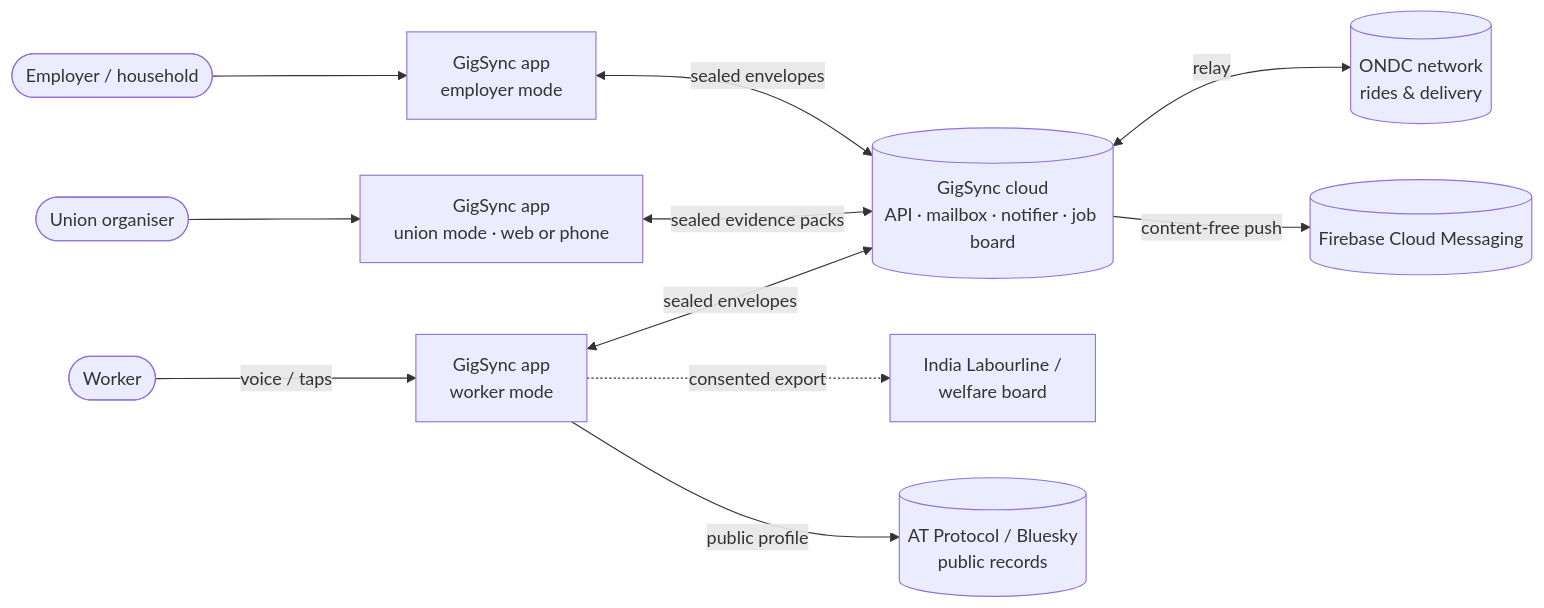
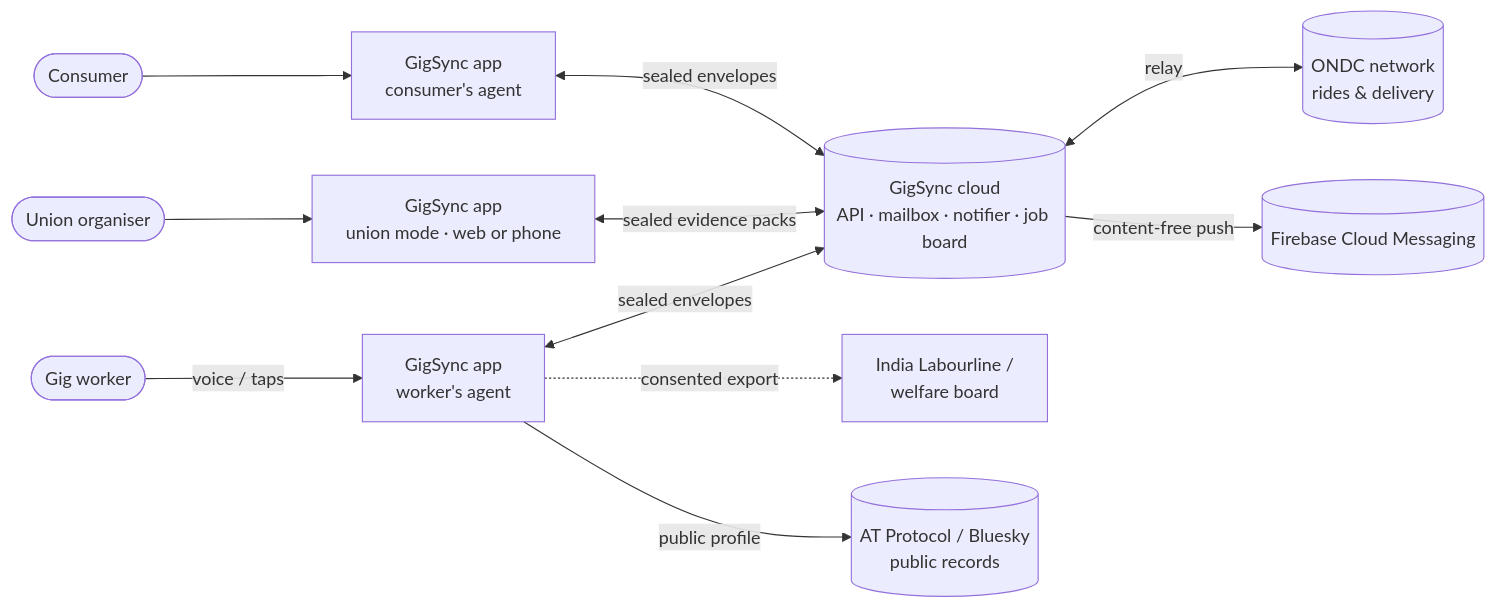
One commit to kirav5/GigSync changed the first of 4 diagrams in docs/gigsync/HLD.md. Above: the diagram before and after it, drawn with Mermaid. The commit also changed other lines of this file and 21 other files, not shown here.

First line of the commit message:
Worker-consumer framing and free UPI QR payments for the pilot

````diff
--- a/docs/gigsync/HLD.md
+++ b/docs/gigsync/HLD.md
@@ -54,13 +60,13 @@
 ```mermaid
 flowchart LR
-  W([Worker]) -->|voice / taps| WP[GigSync app<br/>worker mode]
-  E([Employer / household]) --> EP[GigSync app<br/>employer mode]
+  W([Gig worker]) -->|voice / taps| WP[GigSync app<br/>worker's agent]
+  E([Consumer]) --> EP[GigSync app<br/>consumer's agent]
   WP <-->|sealed envelopes| CLOUD[(GigSync cloud<br/>API · mailbox · notifier · job board)]
   EP <-->|sealed envelopes| CLOUD
   U([Union organiser]) --> DESK[GigSync app<br/>union mode · web or phone]
   DESK <-->|sealed evidence packs| CLOUD
   WP -. consented export .-> HL[India Labourline /<br/>welfare board]
   CLOUD <-->|relay| ONDC[(ONDC network<br/>rides & delivery)]
   CLOUD -->|content-free push| FCM[(Firebase Cloud Messaging)]
   WP -->|public profile| ATP[(AT Protocol / Bluesky<br/>public records)]
 ```
````
